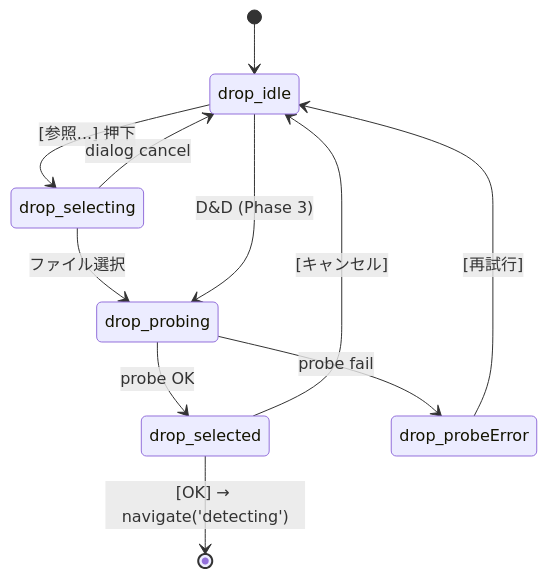
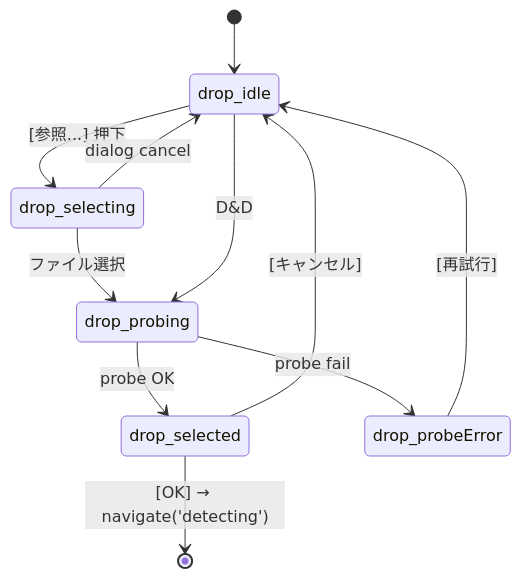
The second of 7 diagrams in docs/ui-architecture.md (Idios/kobutachan-allaganeye), drawn with Mermaid before and after one commit. The commit also changed other lines of this file and 7 other files, not shown here.

````diff
--- a/docs/ui-architecture.md
+++ b/docs/ui-architecture.md
@@ -57,13 +57,13 @@
 ```mermaid
 stateDiagram-v2
     [*] --> drop_idle
     drop_idle --> drop_selecting: [参照...] 押下
     drop_selecting --> drop_idle: dialog cancel
     drop_selecting --> drop_probing: ファイル選択
-    drop_idle --> drop_probing: D&D (Phase 3)
+    drop_idle --> drop_probing: D&D
     drop_probing --> drop_selected: probe OK
     drop_probing --> drop_probeError: probe fail
     drop_selected --> drop_idle: [キャンセル]
     drop_selected --> [*]: [OK] → navigate('detecting')
     drop_probeError --> drop_idle: [再試行]
 ```
````
